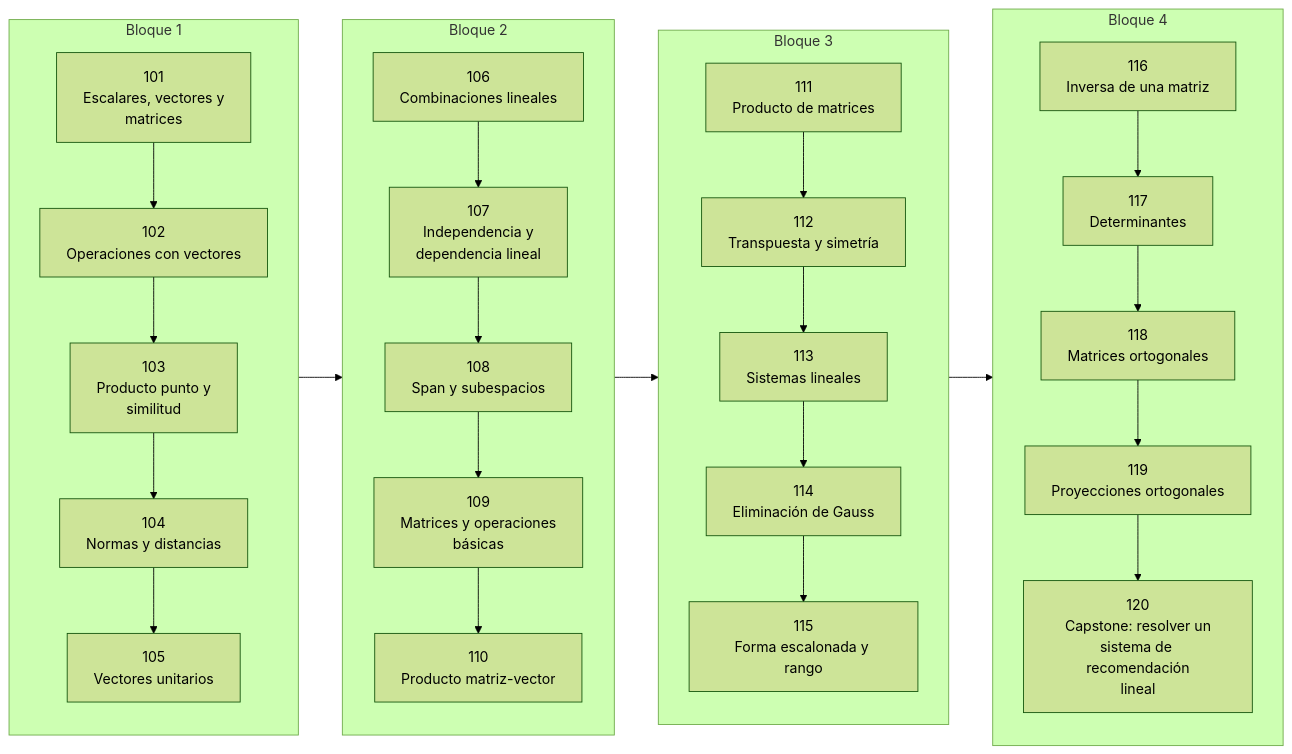
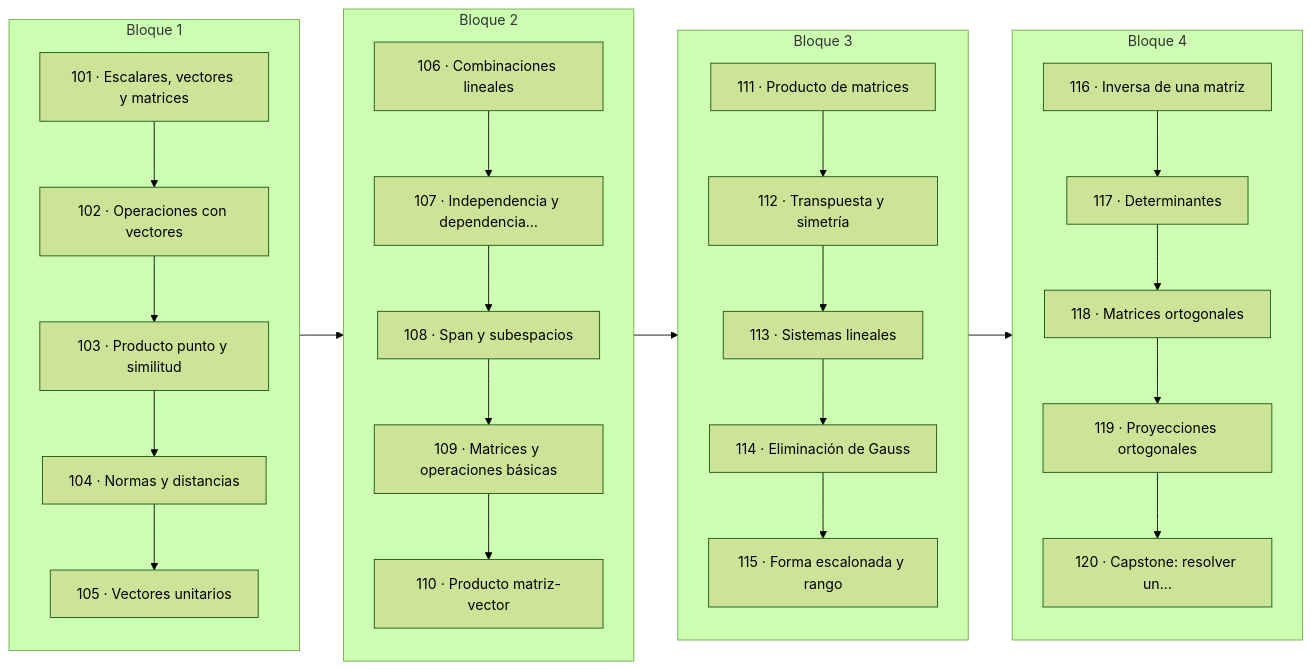
One commit to vladimiracunadev-create/computational-mathematics-program changed the diagram in classes/part-05-algebra-lineal-i-vectores-y-matrices/README.md. Above: the diagram before and after it, drawn with Mermaid (forest theme). The commit also changed 389 other files, not shown here.

First line of the commit message:
fix(diagramas): elimina el HTML de las etiquetas Mermaid

````diff
--- a/classes/part-05-algebra-lineal-i-vectores-y-matrices/README.md
+++ b/classes/part-05-algebra-lineal-i-vectores-y-matrices/README.md
@@ -34,54 +34,54 @@
 ```mermaid
 flowchart LR
     subgraph B1["Bloque 1"]
         direction TB
-        L101["101<br/>Escalares, vectores y<br/>matrices"]
-        L102["102<br/>Operaciones con vectores"]
-        L103["103<br/>Producto punto y<br/>similitud"]
-        L104["104<br/>Normas y distancias"]
-        L105["105<br/>Vectores unitarios"]
+        L101["101 · Escalares, vectores y matrices"]
+        L102["102 · Operaciones con vectores"]
+        L103["103 · Producto punto y similitud"]
+        L104["104 · Normas y distancias"]
+        L105["105 · Vectores unitarios"]
         L101 --> L102
         L102 --> L103
         L103 --> L104
         L104 --> L105
     end
     subgraph B2["Bloque 2"]
         direction TB
-        L106["106<br/>Combinaciones lineales"]
-        L107["107<br/>Independencia y<br/>dependencia lineal"]
-        L108["108<br/>Span y subespacios"]
-        L109["109<br/>Matrices y operaciones<br/>básicas"]
-        L110["110<br/>Producto matriz-vector"]
+        L106["106 · Combinaciones lineales"]
+        L107["107 · Independencia y dependencia…"]
+        L108["108 · Span y subespacios"]
+        L109["109 · Matrices y operaciones básicas"]
+        L110["110 · Producto matriz-vector"]
         L106 --> L107
         L107 --> L108
         L108 --> L109
         L109 --> L110
     end
     subgraph B3["Bloque 3"]
         direction TB
-        L111["111<br/>Producto de matrices"]
-        L112["112<br/>Transpuesta y simetría"]
-        L113["113<br/>Sistemas lineales"]
-        L114["114<br/>Eliminación de Gauss"]
-        L115["115<br/>Forma escalonada y rango"]
+        L111["111 · Producto de matrices"]
+        L112["112 · Transpuesta y simetría"]
+        L113["113 · Sistemas lineales"]
+        L114["114 · Eliminación de Gauss"]
+        L115["115 · Forma escalonada y rango"]
         L111 --> L112
         L112 --> L113
         L113 --> L114
         L114 --> L115
     end
     subgraph B4["Bloque 4"]
         direction TB
-        L116["116<br/>Inversa de una matriz"]
-        L117["117<br/>Determinantes"]
-        L118["118<br/>Matrices ortogonales"]
-        L119["119<br/>Proyecciones ortogonales"]
-        L120["120<br/>Capstone: resolver un<br/>sistema de recomendación<br/>lineal"]
+        L116["116 · Inversa de una matriz"]
+        L117["117 · Determinantes"]
+        L118["118 · Matrices ortogonales"]
+        L119["119 · Proyecciones ortogonales"]
+        L120["120 · Capstone: resolver un…"]
         L116 --> L117
         L117 --> L118
         L118 --> L119
         L119 --> L120
     end
     L105 --> L106
     L110 --> L111
     L115 --> L116
 ```
````
